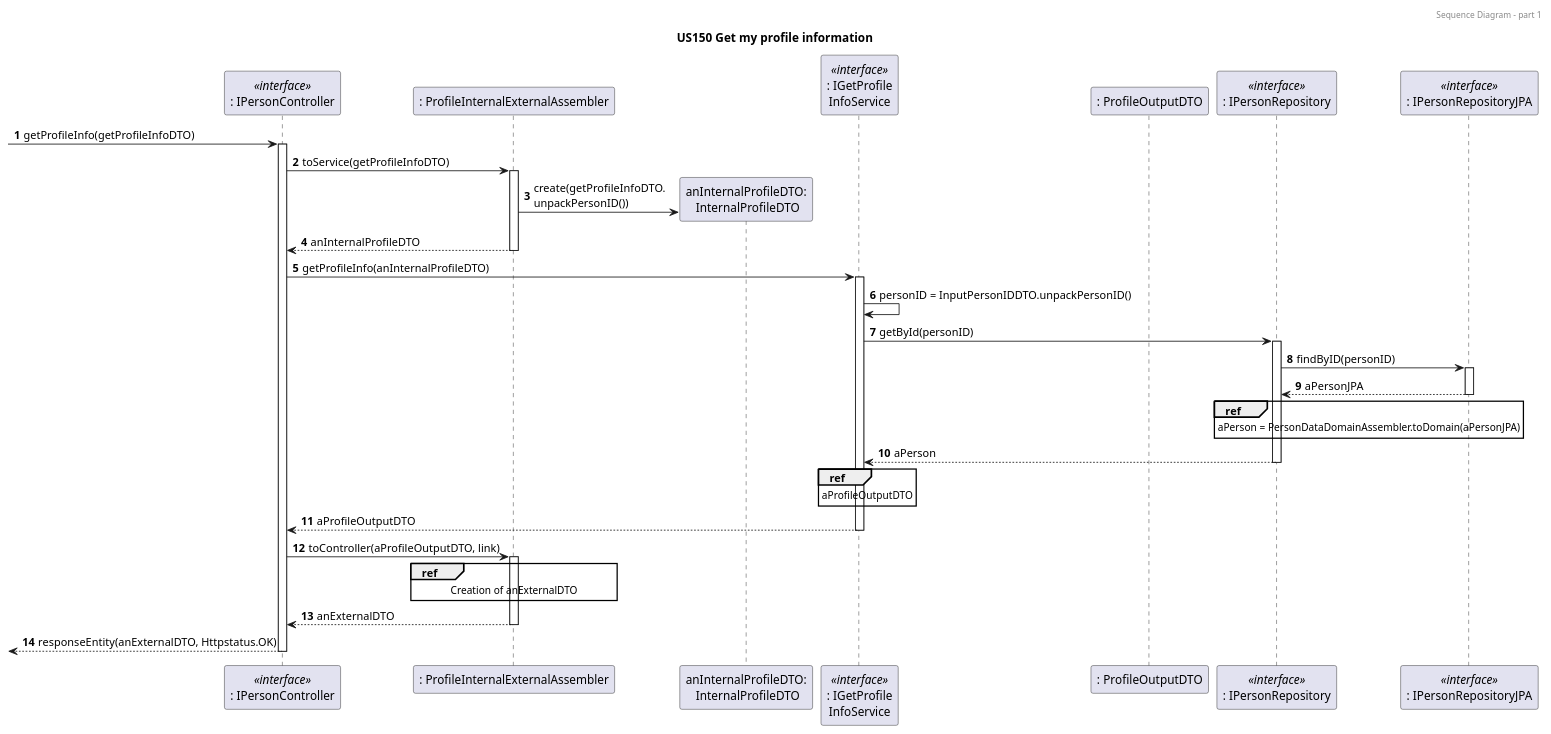
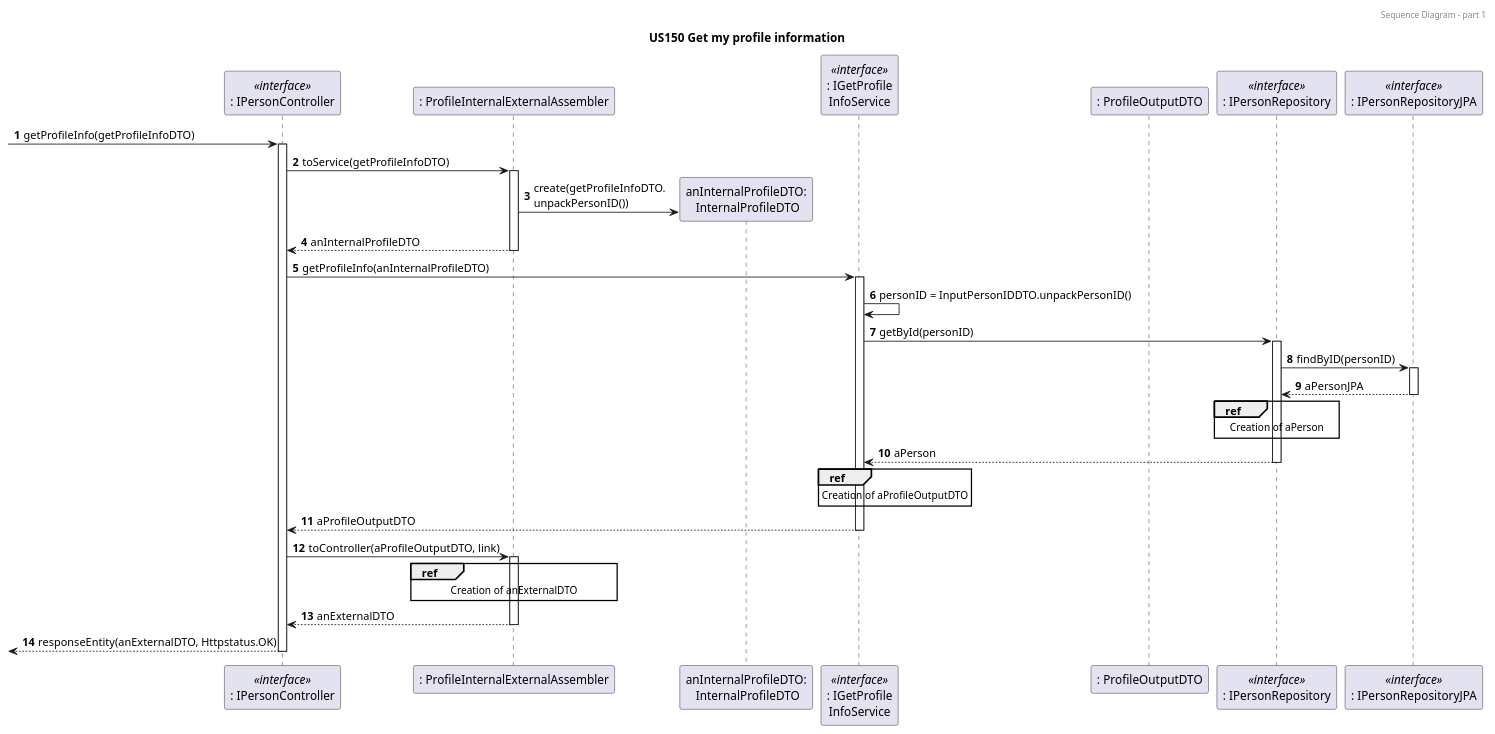
The fourth of 7 diagrams in docs/sprint5/user_stories/US150_GetFamilyMemberProfile.md (tomas-osswald/switch_2020_g3), drawn with PlantUML before and after one commit. The commit also changed other lines of this file, not shown here.

Commit message:
added reference to creation of aPerson domain instance

`````diff
--- a/docs/sprint5/user_stories/US150_GetFamilyMemberProfile.md
+++ b/docs/sprint5/user_stories/US150_GetFamilyMemberProfile.md
@@ -232,53 +232,53 @@
 ````puml
 @startuml
 
 autonumber
 header Sequence Diagram - part 1
 title US150 Get my profile information
 
 
 participant ": IPersonController" as controller <<interface>>
 participant ": ProfileInternalExternalAssembler" as assembler
 participant "anInternalProfileDTO:\n InternalProfileDTO" as internalDTO
 participant ": IGetProfile\nInfoService" as service <<interface>>
 participant ": ProfileOutputDTO" as outputDTO
 participant ": IPersonRepository" as repository <<interface>>
 participant ": IPersonRepositoryJPA" as repoJPA <<interface>>
 
 -> controller : getProfileInfo(getProfileInfoDTO)
 activate controller
 controller -> assembler : toService(getProfileInfoDTO)
 activate assembler
 assembler -> internalDTO** : create(getProfileInfoDTO.\nunpackPersonID())
 return anInternalProfileDTO
 controller -> service : getProfileInfo(anInternalProfileDTO)
 activate service
 
 service -> service : personID = InputPersonIDDTO.unpackPersonID()
 service -> repository : getById(personID)
 activate repository
 repository -> repoJPA : findByID(personID)
 activate repoJPA 
 return aPersonJPA
 
 ref over repository 
-aPerson = PersonDataDomainAssembler.toDomain(aPersonJPA)
+Creation of aPerson
 end
 return aPerson
 
 ref over service
-aProfileOutputDTO
+Creation of aProfileOutputDTO
 end 
 return aProfileOutputDTO
 
 controller -> assembler : toController(aProfileOutputDTO, link)
 activate assembler
 ref over assembler
 Creation of anExternalDTO
 end
 return anExternalDTO
 <-- controller : responseEntity(anExternalDTO, Httpstatus.OK)
 deactivate controller
 
 @enduml
 ````
`````
